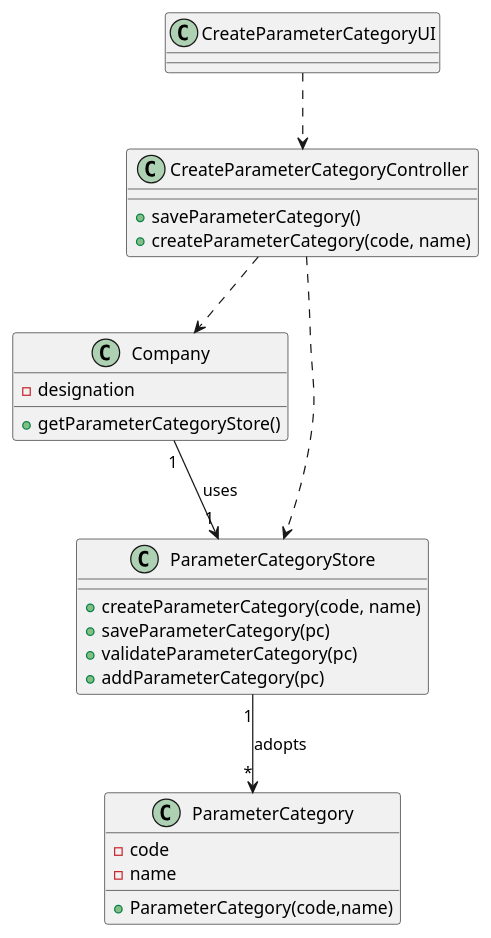
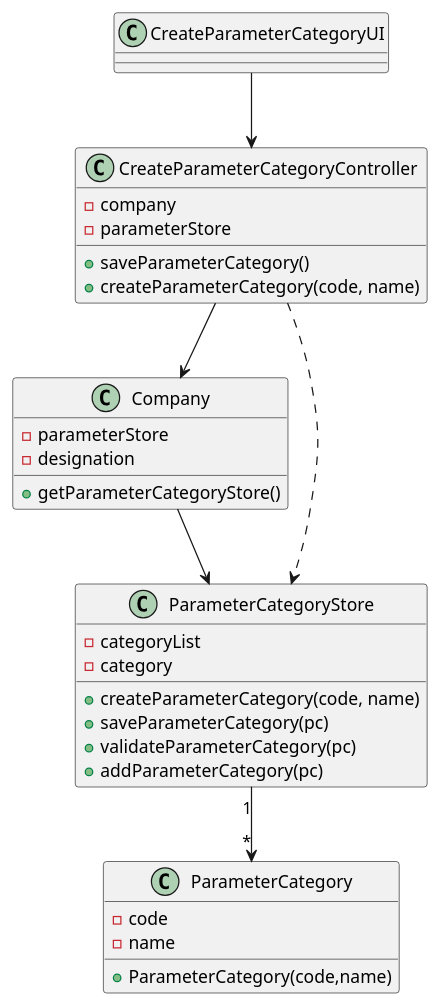
Before and after one commit to MarianaCLages/LAPR2: the diagram in docs/SprintB/US11/US011_CD.puml, drawn with PlantUML. The commit also changed 11 other files, not shown here.

Commit message:
Updates on classes diagrams

```diff
--- a/docs/SprintB/US11/US011_CD.puml
+++ b/docs/SprintB/US11/US011_CD.puml
@@ -1,32 +1,37 @@
 @startuml
 'https://plantuml.com/class-diagram
 
 class CreateParameterCategoryUI{
 }
 class CreateParameterCategoryController{
+-company
+- parameterStore
 +saveParameterCategory()
 +createParameterCategory(code, name)
 }
 class Company{
+-parameterStore
 -designation
 +getParameterCategoryStore()
 }
 class ParameterCategoryStore{
+-categoryList
+-category
 +createParameterCategory(code, name)
 +saveParameterCategory(pc)
 +validateParameterCategory(pc)
 +addParameterCategory(pc)
 }
 
 class ParameterCategory{
 -code
 -name
 +ParameterCategory(code,name)
 }
-CreateParameterCategoryUI ..> CreateParameterCategoryController
-CreateParameterCategoryController ..> Company
+CreateParameterCategoryUI --> CreateParameterCategoryController
+CreateParameterCategoryController --> Company
 CreateParameterCategoryController ..> ParameterCategoryStore
-Company "1" --> "1" ParameterCategoryStore : uses
-ParameterCategoryStore "1" --> "*" ParameterCategory : adopts
+Company -->  ParameterCategoryStore
+ParameterCategoryStore "1" --> "*" ParameterCategory
 
 @enduml
```
